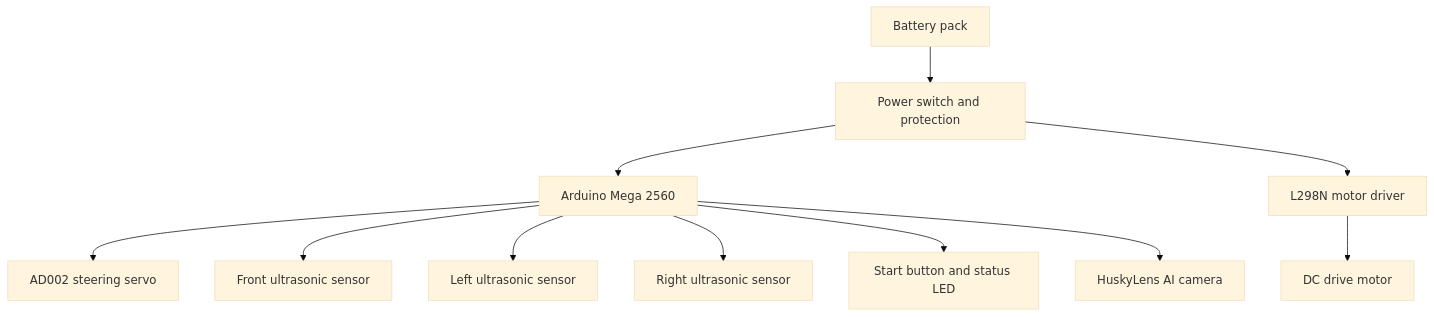
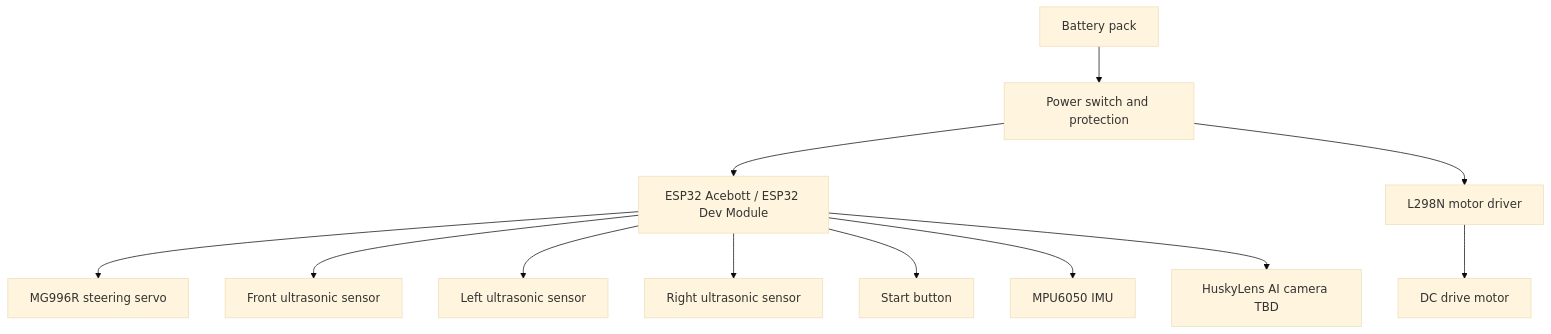
Before and after one commit to Yamilgmr/SKRobotics_WRO2026: the diagram in docs/01_project_overview.md, drawn with Mermaid (base theme). The commit also changed other lines of this file and 25 other files, not shown here.

````diff
--- a/docs/01_project_overview.md
+++ b/docs/01_project_overview.md
@@ -22,13 +22,14 @@
 ```mermaid
 flowchart TD
     A["Battery pack"] --> B["Power switch and protection"]
-    B --> C["Arduino Mega 2560"]
+    B --> C["ESP32 Acebott / ESP32 Dev Module"]
     B --> D["L298N motor driver"]
     D --> E["DC drive motor"]
-    C --> F["AD002 steering servo"]
+    C --> F["MG996R steering servo"]
     C --> G["Front ultrasonic sensor"]
     C --> H["Left ultrasonic sensor"]
     C --> I["Right ultrasonic sensor"]
-    C --> J["Start button and status LED"]
-    C --> K["HuskyLens AI camera"]
+    C --> J["Start button"]
+    C --> L["MPU6050 IMU"]
+    C --> K["HuskyLens AI camera TBD"]
 ```
````
